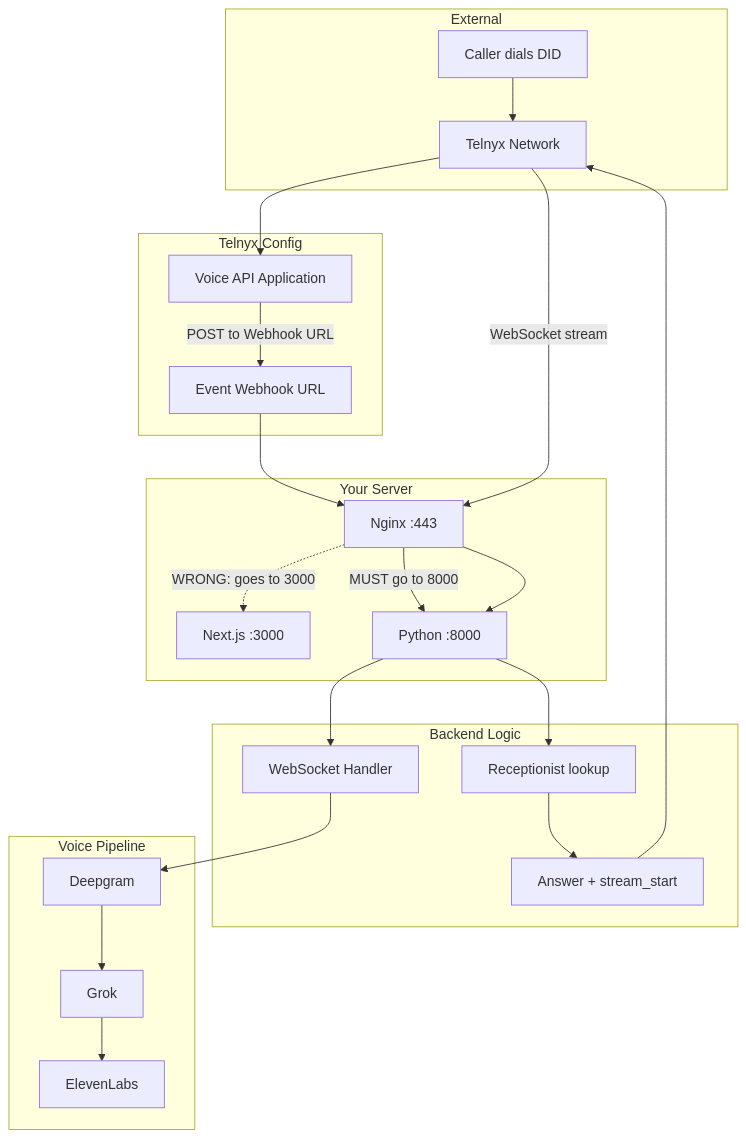
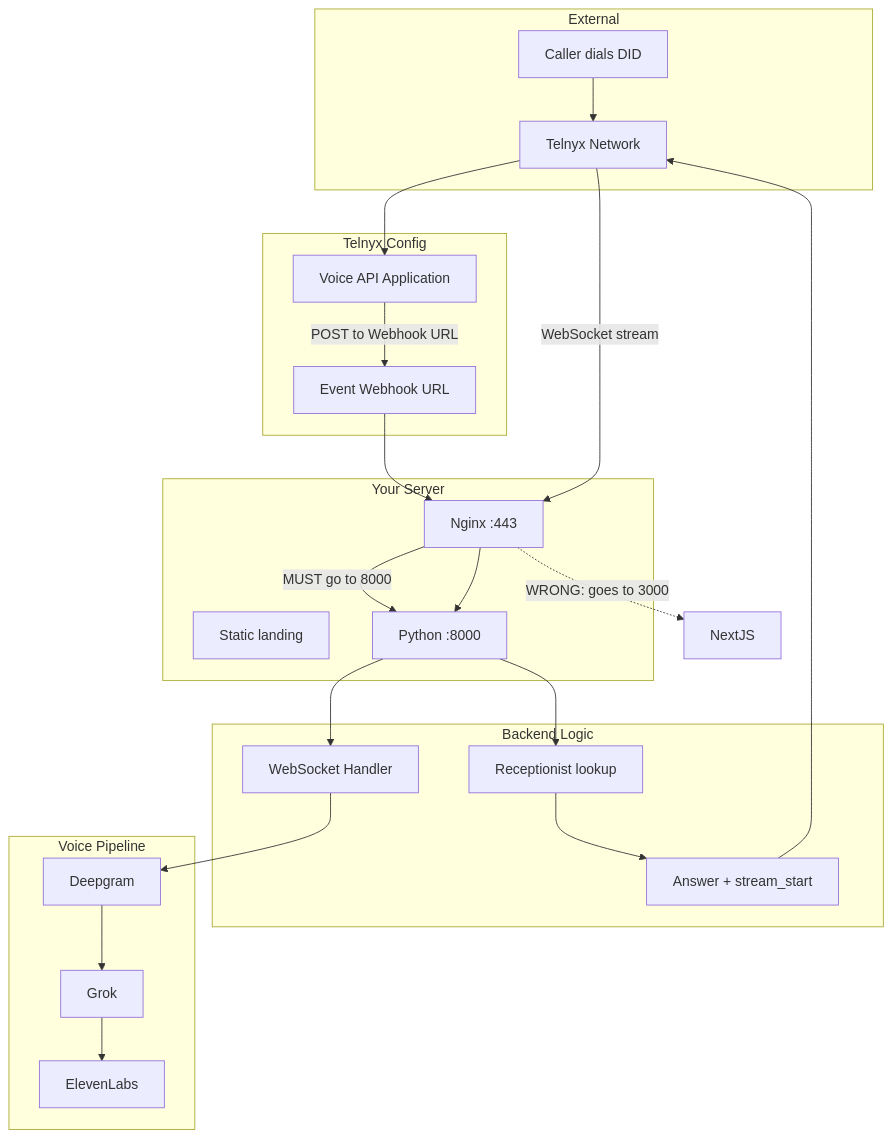
Before and after one commit to Plcherra/callbot: the diagram in docs/CALL_FLOW_DIAGNOSTIC.md, drawn with Mermaid. The commit also changed other lines of this file and 162 other files, not shown here.

````diff
--- a/docs/CALL_FLOW_DIAGNOSTIC.md
+++ b/docs/CALL_FLOW_DIAGNOSTIC.md
@@ -19,44 +19,44 @@
 ```mermaid
 flowchart TD
     subgraph external [External]
         Caller[Caller dials DID]
         Telnyx[Telnyx Network]
     end
 
     subgraph telnyx_config [Telnyx Config]
         VoiceApp[Voice API Application]
         WebhookURL[Event Webhook URL]
     end
 
     subgraph routing [Your Server]
         Nginx[Nginx :443]
-        NextJS[Next.js :3000]
+        Static[Static landing]
         Python[Python :8000]
     end
 
     subgraph backend [Backend Logic]
         Lookup[Receptionist lookup]
         Answer[Answer + stream_start]
         WS[WebSocket Handler]
     end
 
     subgraph pipeline [Voice Pipeline]
         Deepgram[Deepgram]
         Grok[Grok]
         ElevenLabs[ElevenLabs]
     end
 
     Caller --> Telnyx
     Telnyx --> VoiceApp
     VoiceApp -->|POST to Webhook URL| WebhookURL
     WebhookURL --> Nginx
     Nginx -->|MUST go to 8000| Python
     Nginx -.->|WRONG: goes to 3000| NextJS
     Python --> Lookup
     Lookup --> Answer
     Answer --> Telnyx
     Telnyx -->|WebSocket stream| Nginx
     Nginx --> Python
     Python --> WS
     WS --> Deepgram --> Grok --> ElevenLabs
 ```
````
